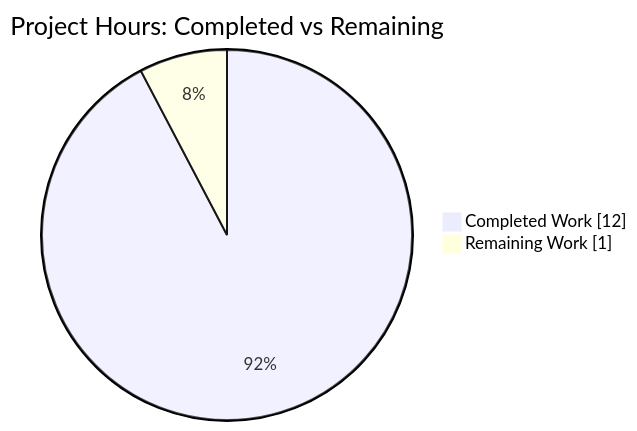
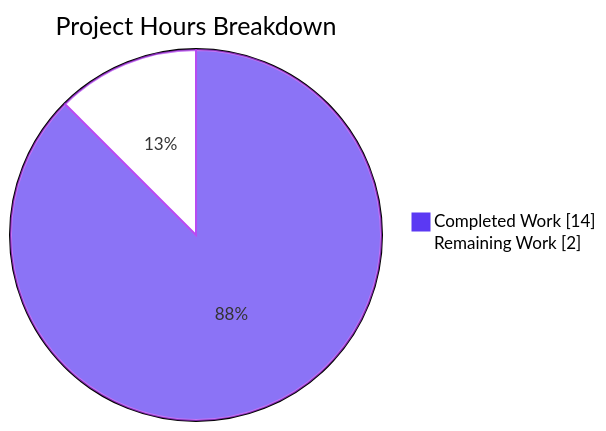
One commit to shaliniblitzy/20April_- changed the second of 4 diagrams in blitzy/documentation/Project Guide.md. Above: the diagram before and after it, drawn with Mermaid. The commit also changed other lines of this file, not shown here.

Commit message:
Adding Blitzy Project Guide: Project Status and Human Tasks Remaining

````diff
--- a/blitzy/documentation/Project Guide.md
+++ b/blitzy/documentation/Project Guide.md
@@ -278,5 +230,7 @@
 ```mermaid
-pie showData title Project Hours: Completed vs Remaining
-    "Completed Work" : 12
-    "Remaining Work" : 1
+%%{init: {"pie": {"textPosition": 0.5}, "themeVariables": {"pieOuterStrokeWidth": "2px", "pie1": "#5B39F3", "pie2": "#FFFFFF", "pieStrokeColor": "#B23AF2"}}}%%
+pie showData
+    title Project Hours Breakdown
+    "Completed Work" : 14
+    "Remaining Work" : 2
 ```
````
